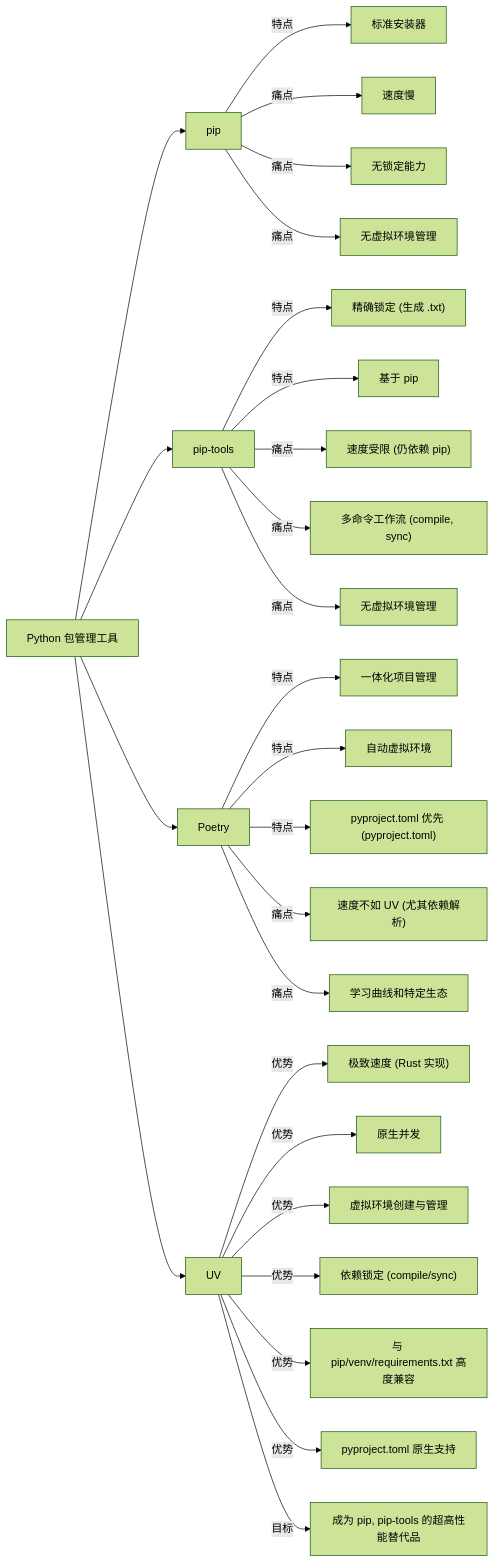
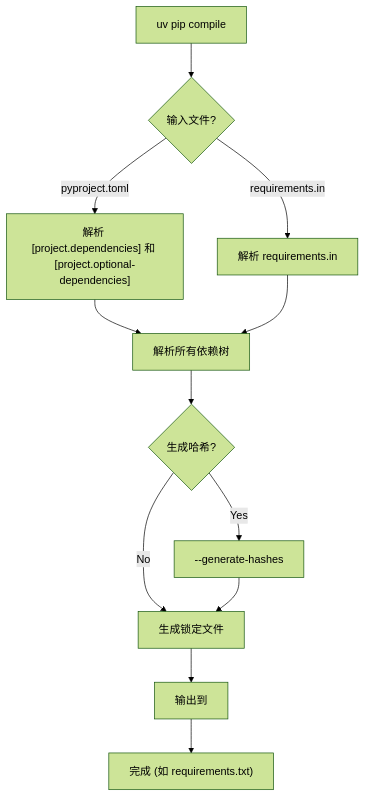
One commit to teatang/t-blog changed the second of 2 diagrams in source/_posts/2025/2025-05-12_Python 打包工具 uv 详解：下一代包管理器与构建器.md. Above: the diagram before and after it, drawn with Mermaid (forest theme). The commit also changed other lines of this file, not shown here.

```diff
--- a/source/_posts/2025/2025-05-12_Python 打包工具 uv 详解：下一代包管理器与构建器.md
+++ b/source/_posts/2025/2025-05-12_Python 打包工具 uv 详解：下一代包管理器与构建器.md
@@ -292,32 +234,14 @@
 {% mermaid %}
-graph LR
-    A[Python 包管理工具] --> B[pip]
-    A --> C[pip-tools]
-    A --> D[Poetry]
-    A --> E[UV]
-
-    B -- 特点 --> B1[标准安装器]
-    B -- 痛点 --> B2[速度慢]
-    B -- 痛点 --> B3[无锁定能力]
-    B -- 痛点 --> B4[无虚拟环境管理]
-
-    C -- 特点 --> C1["精确锁定 (生成 .txt)"]
-    C -- 特点 --> C2[基于 pip]
-    C -- 痛点 --> C3["速度受限 (仍依赖 pip)"]
-    C -- 痛点 --> C4["多命令工作流 (compile, sync)"]
-    C -- 痛点 --> C5[无虚拟环境管理]
-
-    D -- 特点 --> D1[一体化项目管理]
-    D -- 特点 --> D2[自动虚拟环境]
-    D -- 特点 --> D3["pyproject.toml 优先 (pyproject.toml)"]
-    D -- 痛点 --> D4["速度不如 UV (尤其依赖解析)"]
-    D -- 痛点 --> D5[学习曲线和特定生态]
-
-    E -- 优势 --> E1["极致速度 (Rust 实现)"]
-    E -- 优势 --> E2[原生并发]
-    E -- 优势 --> E3[虚拟环境创建与管理]
-    E -- 优势 --> E4["依赖锁定 (compile/sync)"]
-    E -- 优势 --> E5[与 pip/venv/requirements.txt 高度兼容]
-    E -- 优势 --> E6[pyproject.toml 原生支持]
-    E -- 目标 --> E7[成为 pip, pip-tools 的超高性能替代品]
+graph TD
+    A[uv pip compile] --> B{输入文件?}
+    B -- pyproject.toml --> C["解析 [project.dependencies] 和 [project.optional-dependencies]"]
+    B -- requirements.in --> D[解析 requirements.in]
+    C --> E[解析所有依赖树]
+    D --> E
+    E --> F{生成哈希?}
+    F -- Yes --> G[--generate-hashes]
+    F -- No --> H[生成锁定文件]
+    G --> H
+    H --> I[输出到 <file>]
+    I --> J["完成 (如 requirements.txt)"]
 {% endmermaid %}
```
